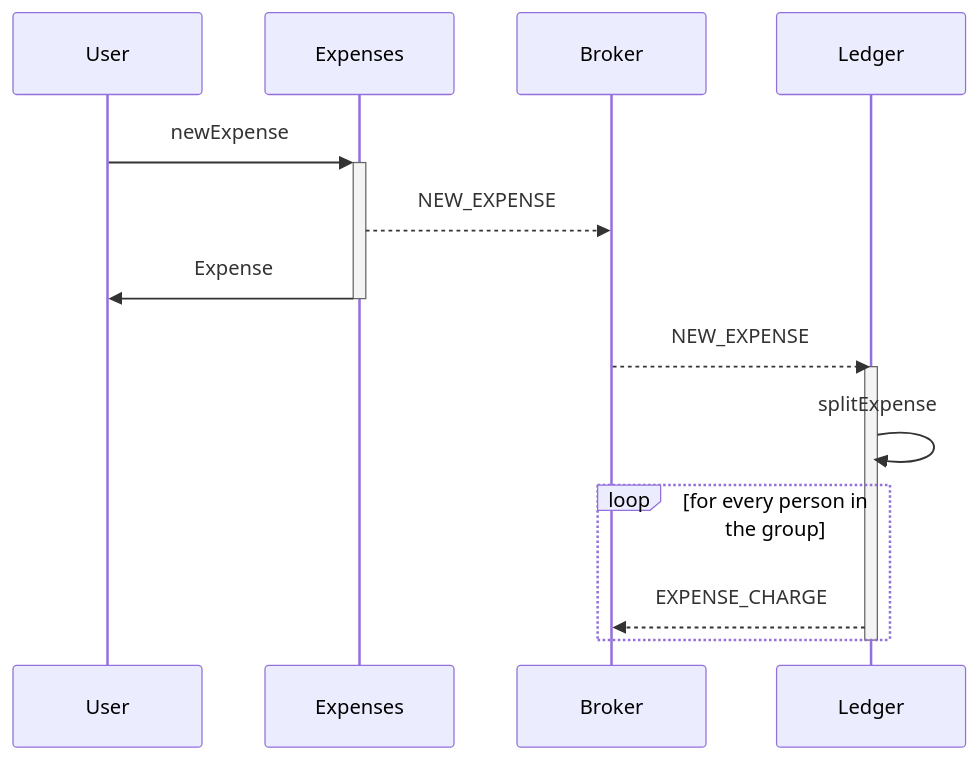
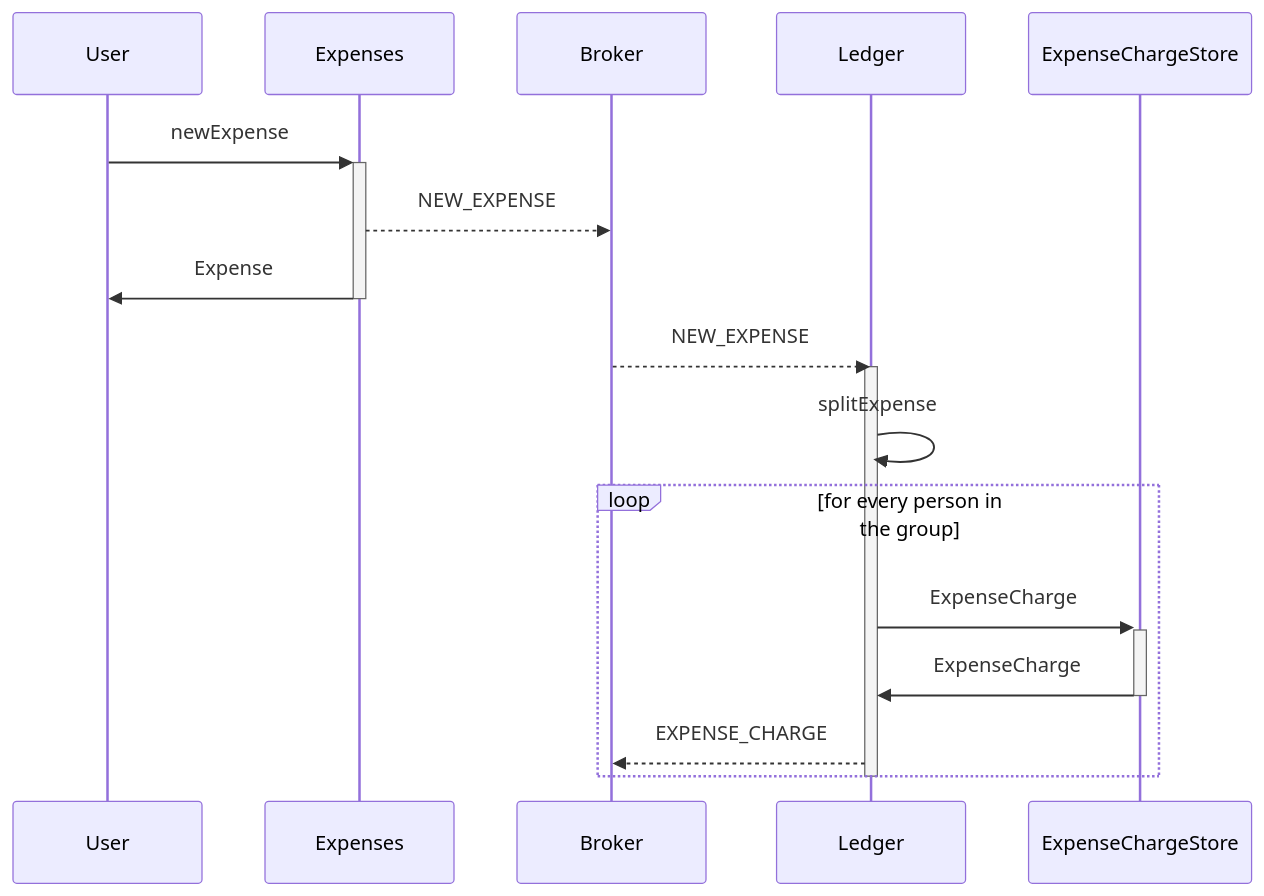
One commit to Cirius1792/expense-app-v3 changed the first of 4 diagrams in README.md. Above: the diagram before and after it, drawn with Mermaid. The commit also changed other lines of this file and 10 other files, not shown here.

Commit message:
Refactoring ExpenseCharge

````diff
--- a/README.md
+++ b/README.md
@@ -4,13 +4,15 @@
 ```mermaid
 sequenceDiagram
     User ->>+ Expenses: newExpense
     Expenses -->> Broker: NEW_EXPENSE
     Expenses ->>- User: Expense
     Broker -->> Ledger: NEW_EXPENSE
     activate Ledger
     Ledger ->> Ledger: splitExpense
     loop for every person in the group
-     Ledger -->> Broker: EXPENSE_CHARGE
+        Ledger ->>+ ExpenseChargeStore: ExpenseCharge
+        ExpenseChargeStore ->>- Ledger: ExpenseCharge
+        Ledger -->> Broker: EXPENSE_CHARGE
     end
     deactivate Ledger
 ```
````
